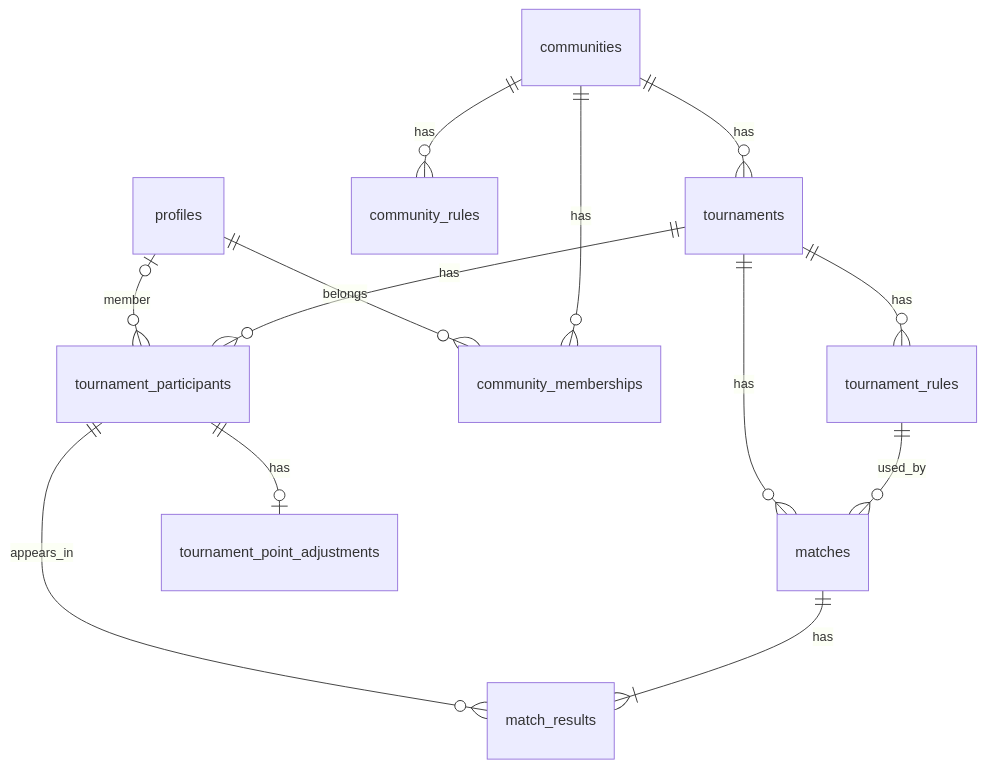
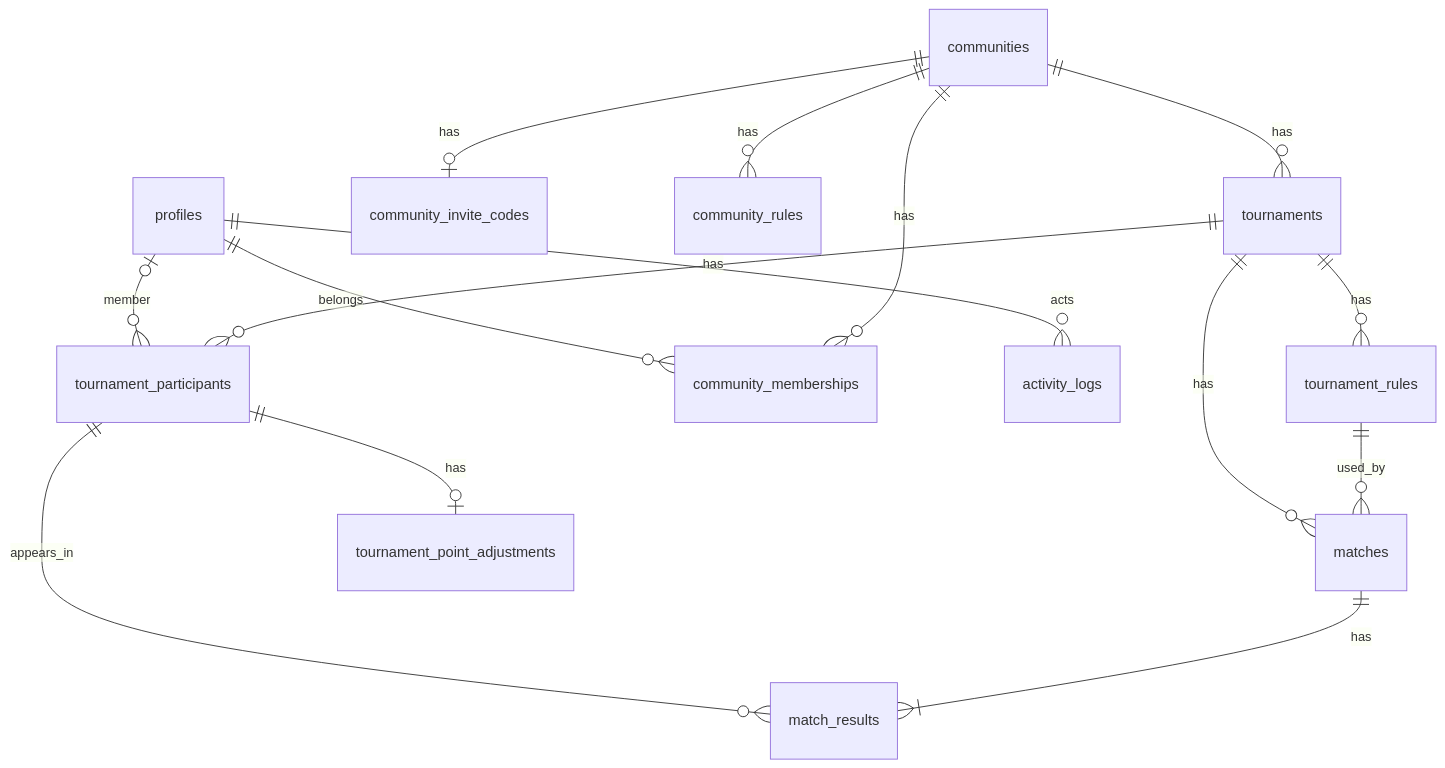
Before and after one commit to rabut001/our-mahjong-history: the diagram in docs/er.md, drawn with Mermaid. The commit also changed other lines of this file and 5 other files, not shown here.

````diff
--- a/docs/er.md
+++ b/docs/er.md
@@ -38,15 +40,17 @@
 ```mermaid
 erDiagram
     profiles |o--o{ tournament_participants : member
     profiles ||--o{ community_memberships : belongs
+    profiles ||--o{ activity_logs : acts
     communities ||--o{ community_memberships : has
+    communities ||--o| community_invite_codes : has
     communities ||--o{ community_rules : has
     communities ||--o{ tournaments : has
     tournaments ||--o{ tournament_rules : has
     tournaments ||--o{ tournament_participants : has
     tournaments ||--o{ matches : has
     tournament_participants ||--o| tournament_point_adjustments : has
     tournament_participants ||--o{ match_results : appears_in
     tournament_rules ||--o{ matches : used_by
     matches ||--|{ match_results : has
 ```
````
